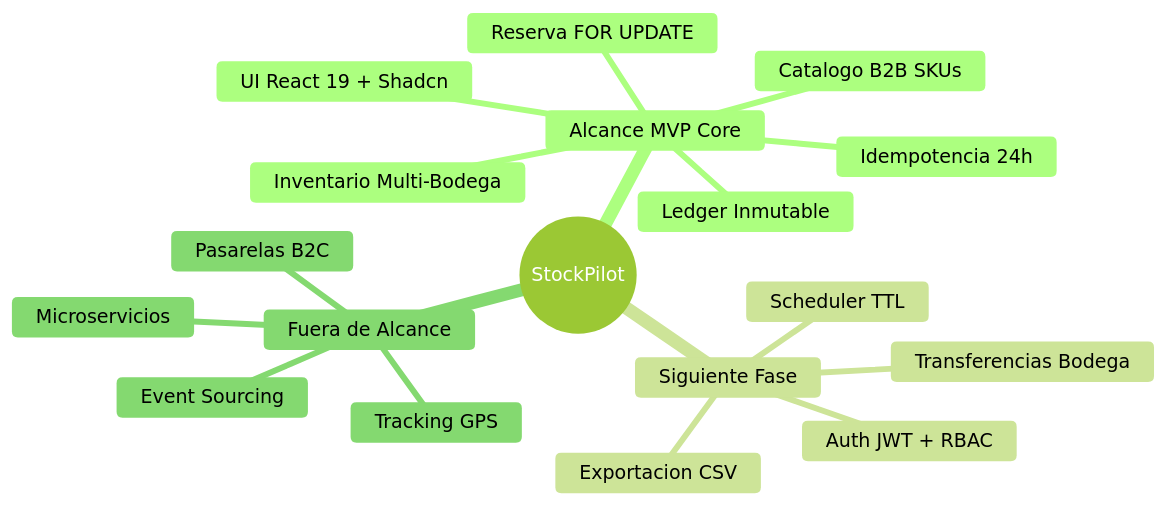
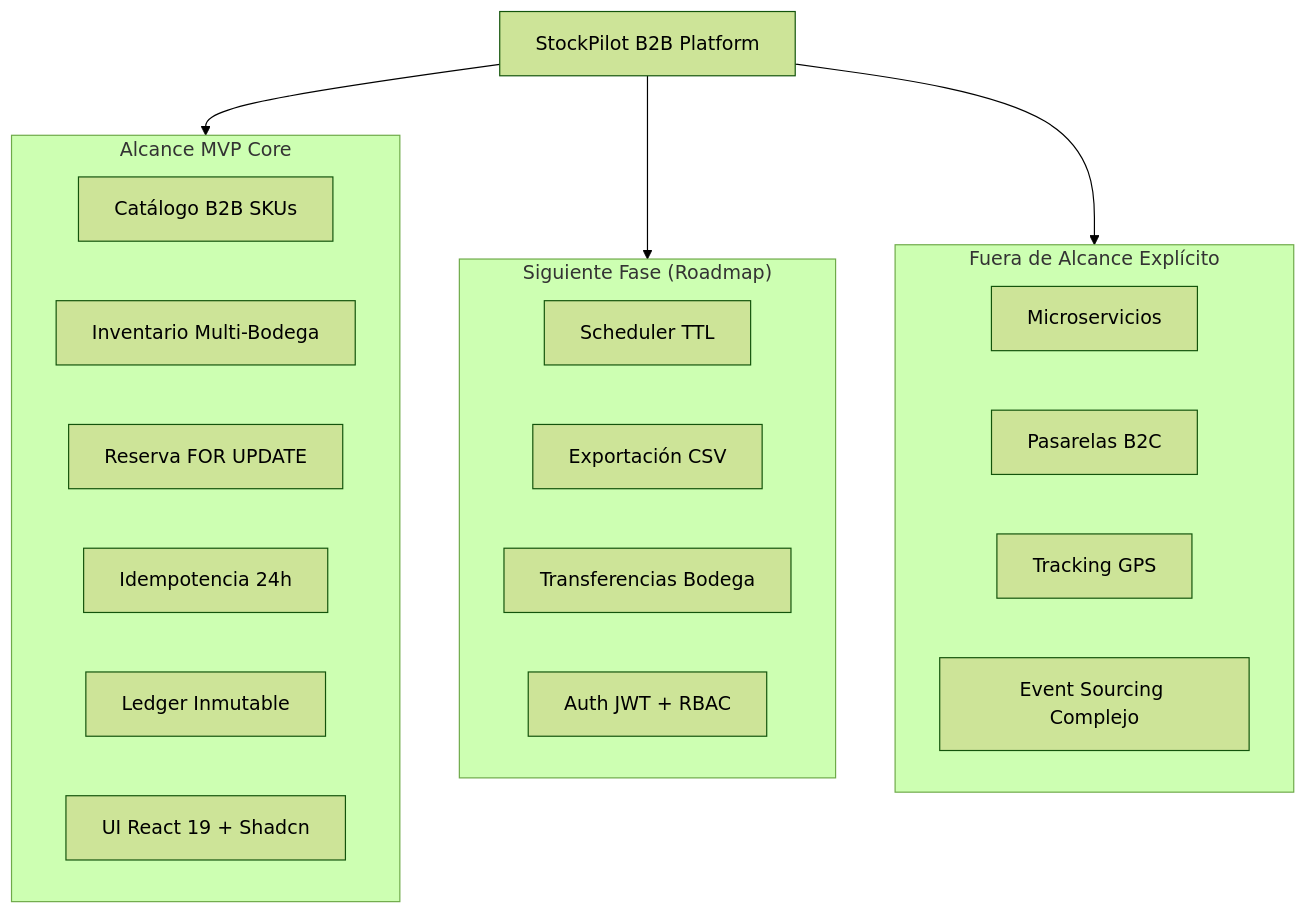
The first of 7 diagrams in docs/architecture/ARCHITECTURE.md (vivenegasl/stockpilot-b2b), drawn with Mermaid (forest theme) before and after one commit. The commit also changed 2 other files, not shown here.

Commit message:
docs(mermaid): replace unsupported mindmap, timeline, and gantt with standard flowchart diagrams

````diff
--- a/docs/architecture/ARCHITECTURE.md
+++ b/docs/architecture/ARCHITECTURE.md
@@ -26,21 +26,31 @@
 ```mermaid
-mindmap
-  root((StockPilot))
-    Alcance MVP Core
-      Catalogo B2B SKUs
-      Inventario Multi-Bodega
-      Reserva FOR UPDATE
-      Idempotencia 24h
-      Ledger Inmutable
-      UI React 19 + Shadcn
-    Siguiente Fase
-      Scheduler TTL
-      Exportacion CSV
-      Transferencias Bodega
-      Auth JWT + RBAC
-    Fuera de Alcance
-      Microservicios
-      Pasarelas B2C
-      Tracking GPS
-      Event Sourcing
+flowchart TD
+    Root["StockPilot B2B Platform"]
+    
+    subgraph ScopeCore["Alcance MVP Core"]
+        C1["Catálogo B2B SKUs"]
+        C2["Inventario Multi-Bodega"]
+        C3["Reserva FOR UPDATE"]
+        C4["Idempotencia 24h"]
+        C5["Ledger Inmutable"]
+        C6["UI React 19 + Shadcn"]
+    end
+    
+    subgraph NextPhase["Siguiente Fase (Roadmap)"]
+        N1["Scheduler TTL"]
+        N2["Exportación CSV"]
+        N3["Transferencias Bodega"]
+        N4["Auth JWT + RBAC"]
+    end
+    
+    subgraph OutScope["Fuera de Alcance Explícito"]
+        O1["Microservicios"]
+        O2["Pasarelas B2C"]
+        O3["Tracking GPS"]
+        O4["Event Sourcing Complejo"]
+    end
+    
+    Root --> ScopeCore
+    Root --> NextPhase
+    Root --> OutScope
 ```
````
